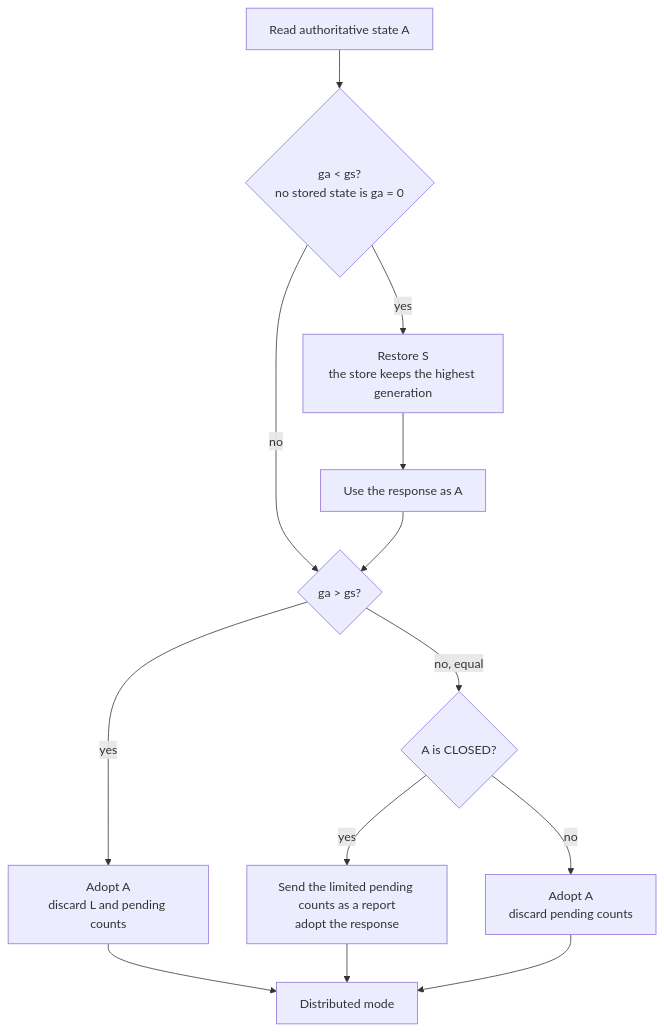
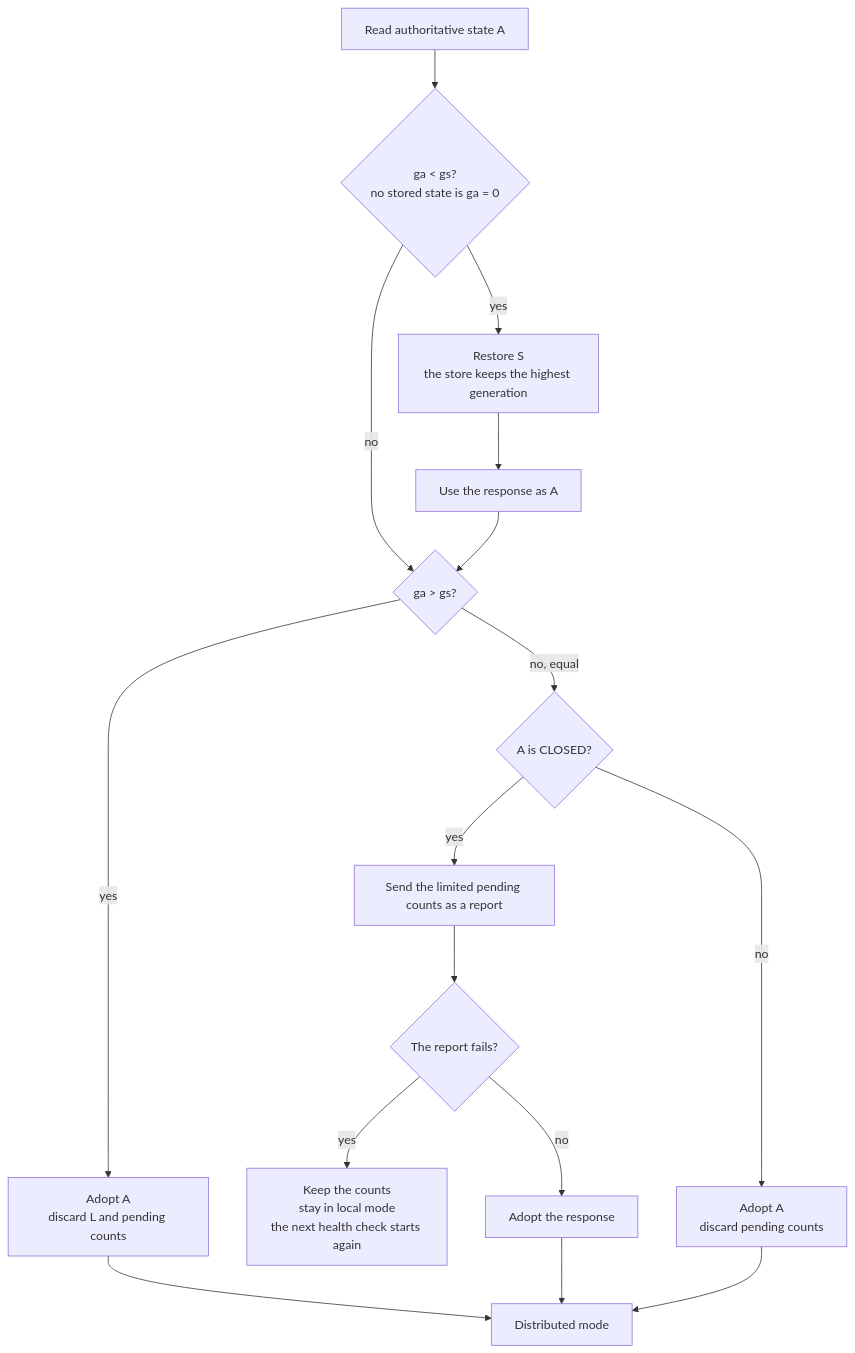
One commit to faultvane/faultvane-go changed the diagram in docs/circuit-breaker/degraded-mode.md. Above: the diagram before and after it, drawn with Mermaid. The commit also changed other lines of this file and 4 other files, not shown here.

First line of the commit message:
Keep the counts of a failed reconciliation report

````diff
--- a/docs/circuit-breaker/degraded-mode.md
+++ b/docs/circuit-breaker/degraded-mode.md
@@ -122,14 +122,17 @@
 ```mermaid
 flowchart TD
     R[Read authoritative state A] --> Q1{ga < gs?<br/>no stored state is ga = 0}
     Q1 -- yes --> RS[Restore S<br/>the store keeps the highest generation] --> R2[Use the response as A]
     Q1 -- no --> Q2
     R2 --> Q2{ga > gs?}
     Q2 -- yes --> AD[Adopt A<br/>discard L and pending counts]
     Q2 -- no, equal --> Q3{A is CLOSED?}
-    Q3 -- yes --> RP[Send the limited pending counts as a report<br/>adopt the response]
+    Q3 -- yes --> RP[Send the limited pending counts as a report]
+    RP --> Q4{The report fails?}
+    Q4 -- yes --> KP[Keep the counts<br/>stay in local mode<br/>the next health check starts again]
+    Q4 -- no --> AR[Adopt the response]
     Q3 -- no --> AD2[Adopt A<br/>discard pending counts]
     AD --> DM[Distributed mode]
-    RP --> DM
+    AR --> DM
     AD2 --> DM
 ```
````
